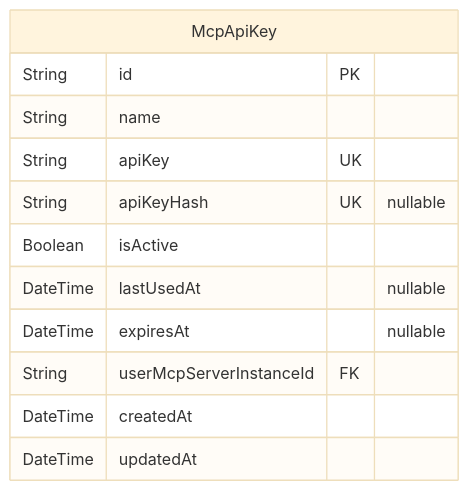
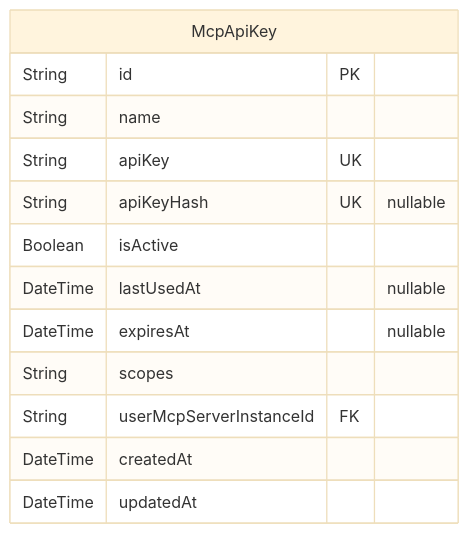
Before and after one commit to rayven122/tumiki: the first of 8 diagrams in packages/db/prisma/README.md, drawn with Mermaid (base theme). The commit also changed other lines of this file and 8 other files, not shown here.

````diff
--- a/packages/db/prisma/README.md
+++ b/packages/db/prisma/README.md
@@ -14,15 +16,16 @@
 ```mermaid
 erDiagram
 "McpApiKey" {
   String id PK
   String name
   String apiKey UK
   String apiKeyHash UK "nullable"
   Boolean isActive
   DateTime lastUsedAt "nullable"
   DateTime expiresAt "nullable"
+  String scopes
   String userMcpServerInstanceId FK
   DateTime createdAt
   DateTime updatedAt
 }
 ```
````
